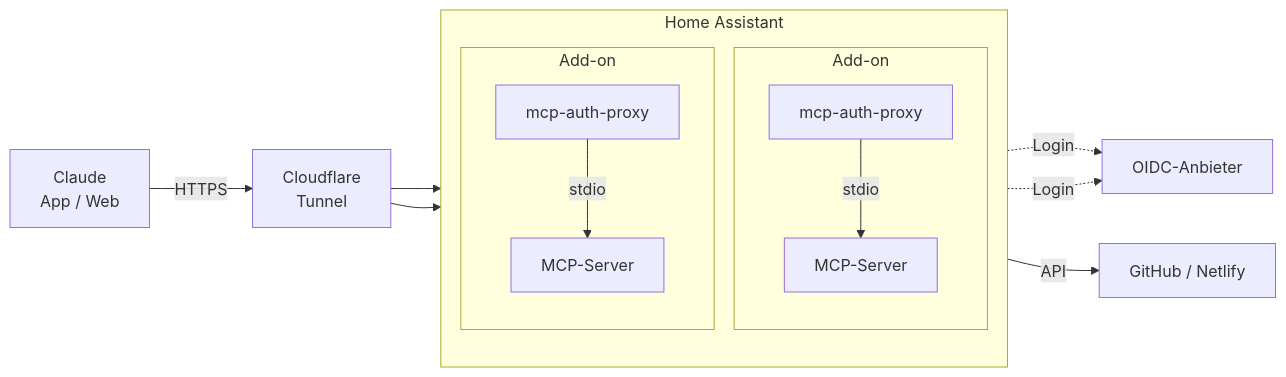
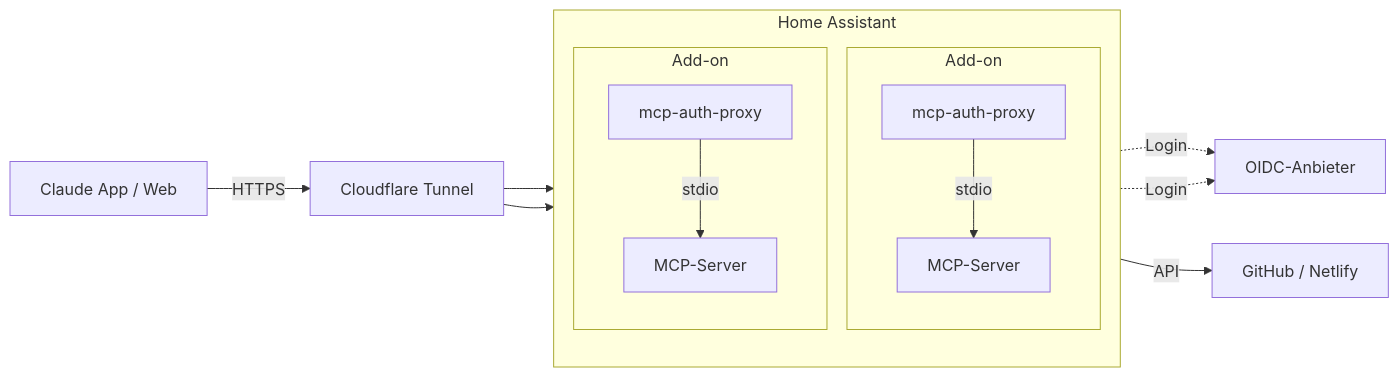
Before and after one commit to kleinhansda/ha-mcp-addons: the diagram in README.md, drawn with Mermaid. The commit also changed other lines of this file, not shown here.

````diff
--- a/README.md
+++ b/README.md
@@ -80,16 +80,16 @@
 ```mermaid
 flowchart LR
-  C[Claude<br>App / Web] -->|HTTPS| CF[Cloudflare<br>Tunnel]
+  C[Claude App / Web] -->|HTTPS| CF[Cloudflare Tunnel]
   subgraph HA[Home Assistant]
     direction TB
     subgraph A1[Add-on]
       P1[mcp-auth-proxy] -->|stdio| S1[MCP-Server]
     end
     subgraph A2[Add-on]
       P2[mcp-auth-proxy] -->|stdio| S2[MCP-Server]
     end
   end
   CF --> P1 & P2
   P1 & P2 -.->|Login| ID[OIDC-Anbieter]
   S2 -->|API| EXT[GitHub / Netlify]
 ```
````
